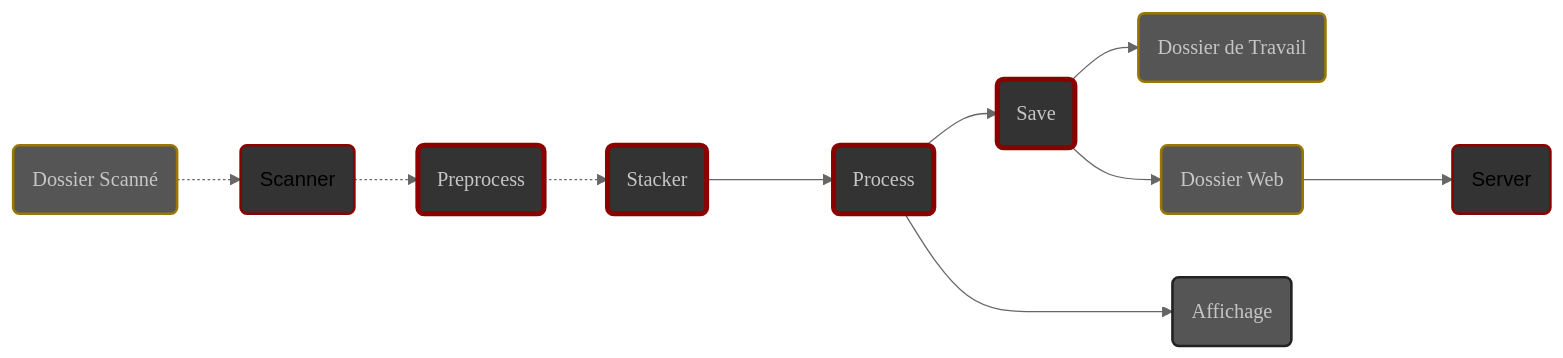
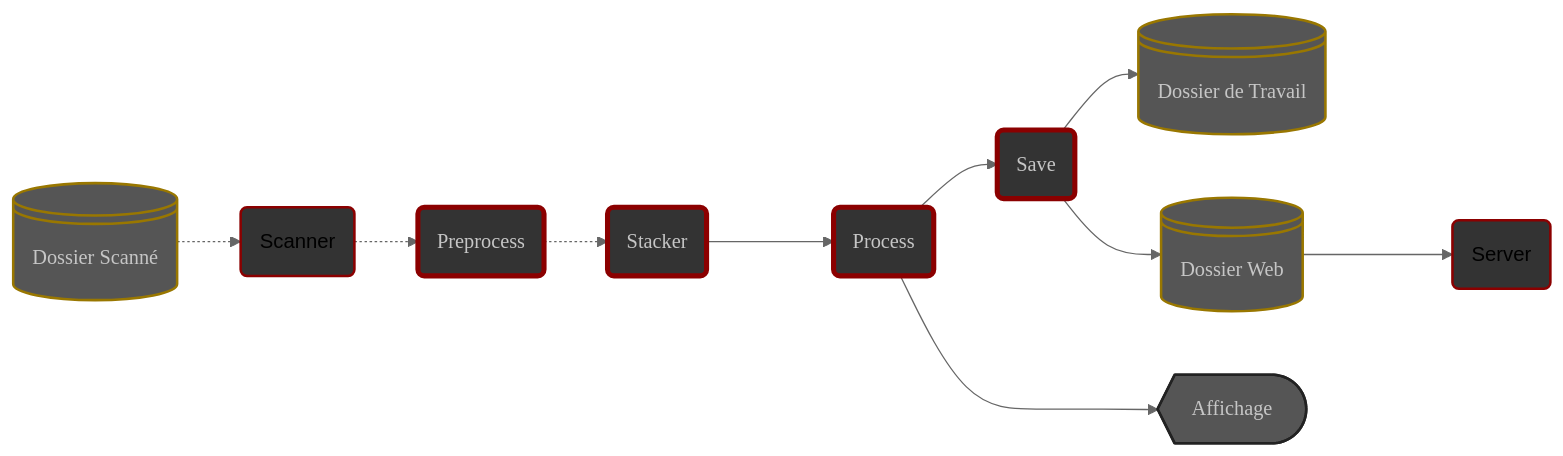
The diagram in content/fr/docs/v0.7/userguide/concepts.md (deufrai/als), drawn with Mermaid (neutral theme) before and after one commit. The commit also changed other lines of this file and 1 other file, not shown here.

Commit message:
use proper filesystem node shape in mermaid charts

````diff
--- a/content/fr/docs/v0.7/userguide/concepts.md
+++ b/content/fr/docs/v0.7/userguide/concepts.md
@@ -69,30 +69,30 @@
 ```mermaid
 graph LR
 
         B(Preprocess) -.-> C(Stacker)
         C ---> D(Process)
         D --> E(Save)
 
 
-    S(Dossier Scanné) -.-> A(Scanner)        
+    S@{ shape: lin-cyl, label: "Dossier Scanné" } -.-> A(Scanner)       
     A -.-> B
-    E --> F(Dossier de Travail)
-    E --> G(Dossier Web)
+    E --> F@{ shape: lin-cyl, label: "Dossier de Travail" }
+    E --> G@{ shape: lin-cyl, label: "Dossier Web" }
     G ---> H(Server) 
-    D ---> I(Affichage)
+    D ---> I@{ shape: curv-trap, label: "Affichage" }
 
 
     style A fill:#333,stroke:darkred,stroke-width:2px
     style B fill:#333,stroke:darkred,stroke-width:4px,color:#c6c6c6,font-family:'Poppins',sans-serif
     style C fill:#333,stroke:darkred,stroke-width:4px,color:#c6c6c6,font-family:'Poppins',sans-serif
     style D fill:#333,stroke:darkred,stroke-width:4px,color:#c6c6c6,font-family:'Poppins',sans-serif
     style E fill:#333,stroke:darkred,stroke-width:4px,color:#c6c6c6,font-family:'Poppins',sans-serif
 
     style F fill:#555,stroke:#970,stroke-width:2px,color:#c6c6c6,font-family:'Poppins',sans-serif
     style G fill:#555,stroke:#970,stroke-width:2px,color:#c6c6c6,font-family:'Poppins',sans-serif
     style S fill:#555,stroke:#970,stroke-width:2px,color:#c6c6c6,font-family:'Poppins',sans-serif
     
     style I fill:#555,stroke:#222,stroke-width:2px,color:#c6c6c6,font-family:'Poppins',sans-serif
 
     style H fill:#333,stroke:darkred,stroke-width:2px
 ```
````
